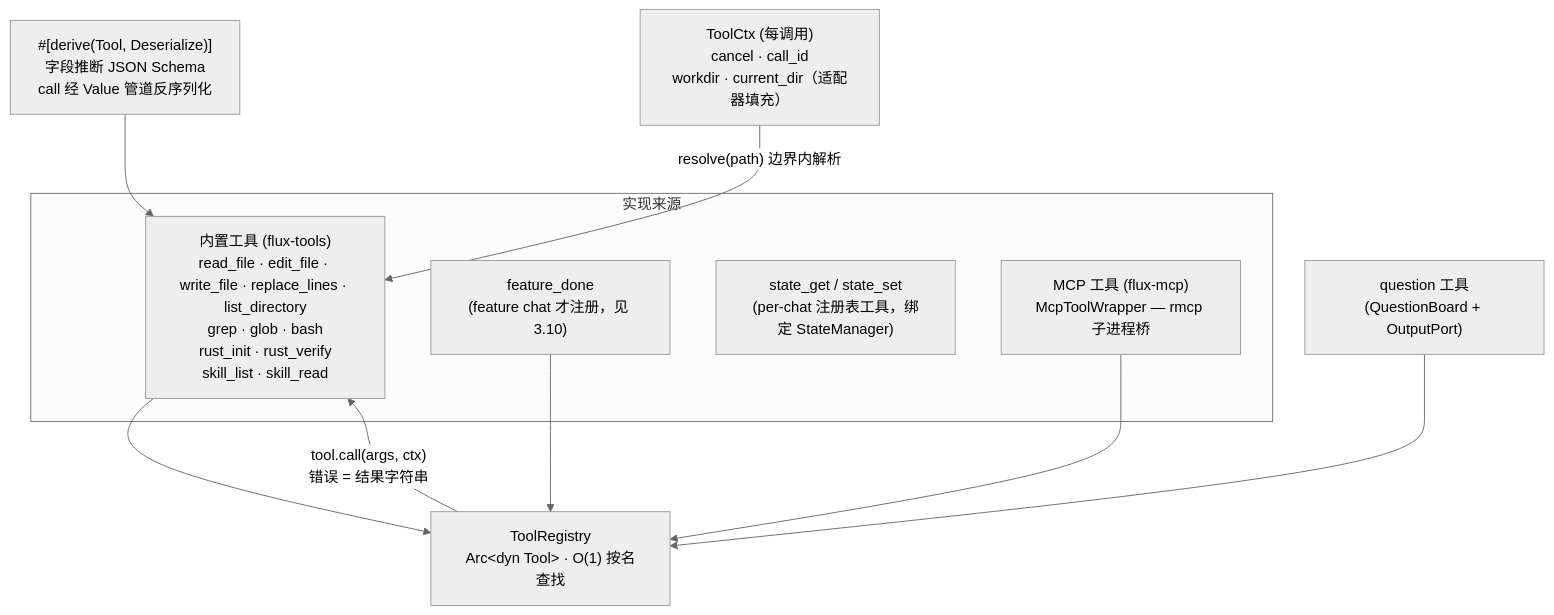
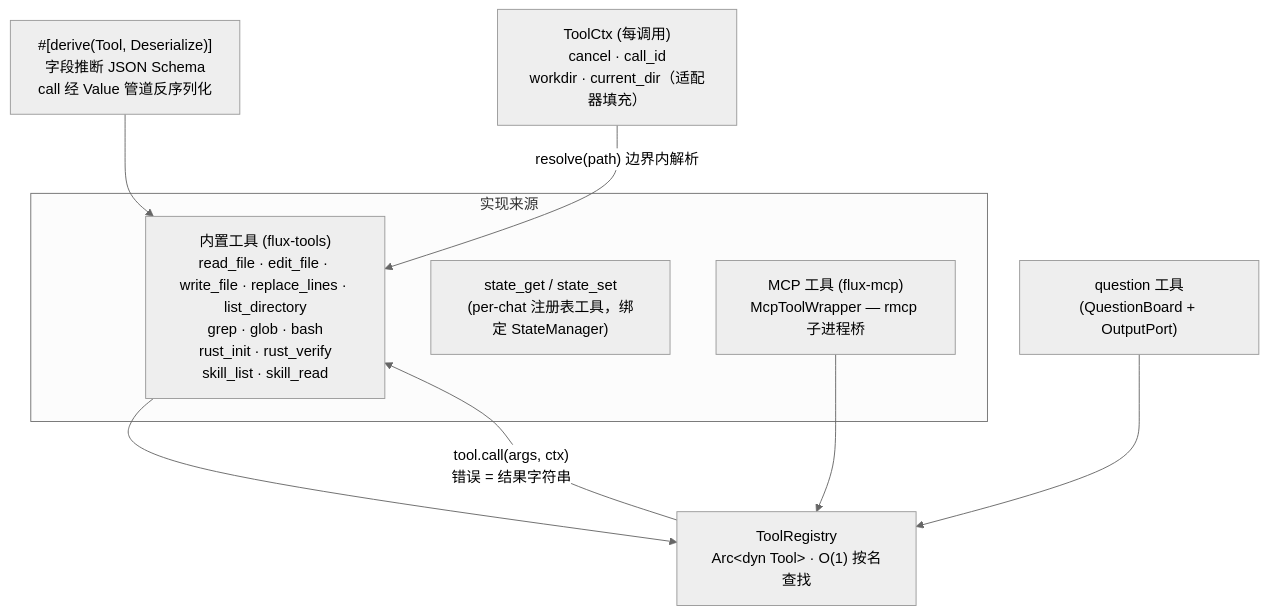
Before and after one commit to km0e/flux: the fifth of 8 diagrams in docs/architecture.md, drawn with Mermaid (neutral theme). The commit also changed other lines of this file and 69 other files, not shown here.

First line of the commit message:
Remove feature mode — chat kinds deleted, experimental line lives on the feature-mode branch

````diff
--- a/docs/architecture.md
+++ b/docs/architecture.md
@@ -236,20 +233,18 @@
 ```mermaid
 graph TB
  MACRO["#[derive(Tool, Deserialize)]<br/>字段推断 JSON Schema<br/>call 经 Value 管道反序列化"]
  subgraph IMPL["实现来源"]
  BUILTIN["内置工具 (flux-tools)<br/>read_file · edit_file · write_file · replace_lines · list_directory<br/>grep · glob · bash<br/>rust_init · rust_verify<br/>skill_list · skill_read"]
- FEAT["feature_done<br/>(feature chat 才注册，见 3.10)"]
  STATE["state_get / state_set<br/>(per-chat 注册表工具，绑定 StateManager)"]
  MCPT["MCP 工具 (flux-mcp)<br/>McpToolWrapper — rmcp 子进程桥"]
  end
  REG["ToolRegistry<br/>Arc&lt;dyn Tool&gt; · O(1) 按名查找"]
  CTX["ToolCtx (每调用)<br/>cancel · call_id<br/>workdir · current_dir（适配器填充）"]
  MACRO --> BUILTIN
  BUILTIN --> REG
- FEAT --> REG
  QUESTION["question 工具<br/>(QuestionBoard + OutputPort)"]
  QUESTION --> REG
  MCPT --> REG
  REG -->|"tool.call(args, ctx)<br/>错误 = 结果字符串"| BUILTIN
  CTX -->|"resolve(path) 边界内解析"| BUILTIN
 ```
````
